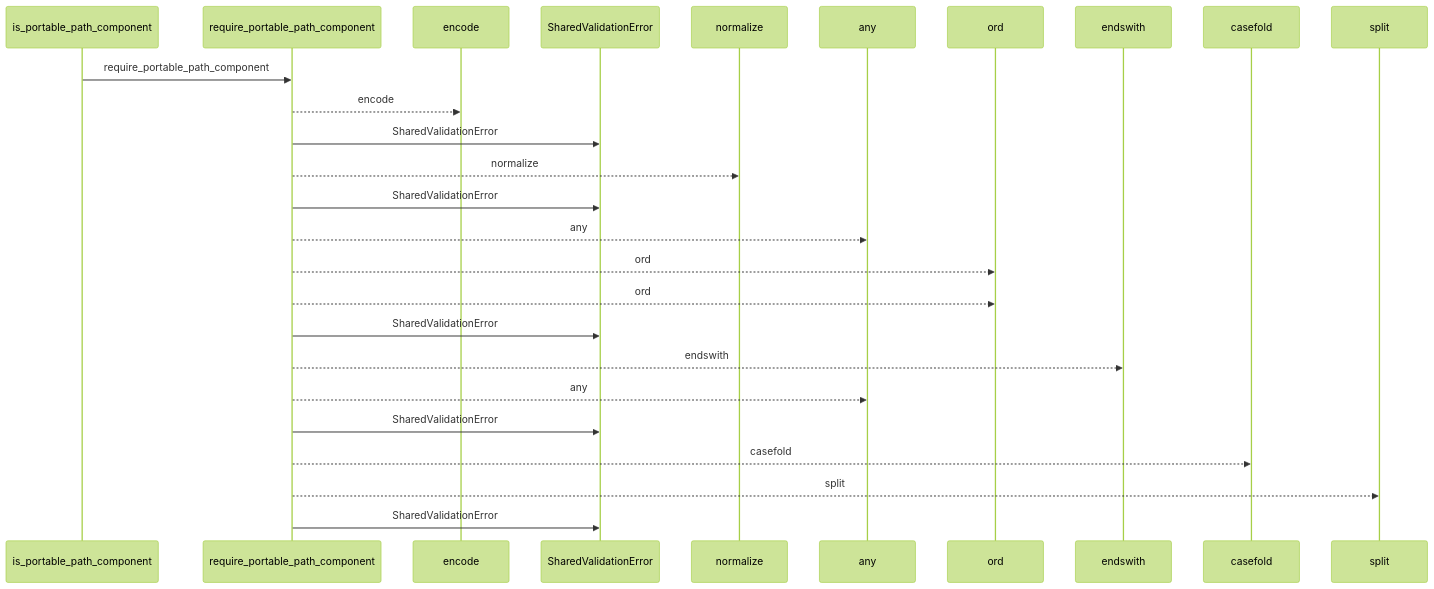
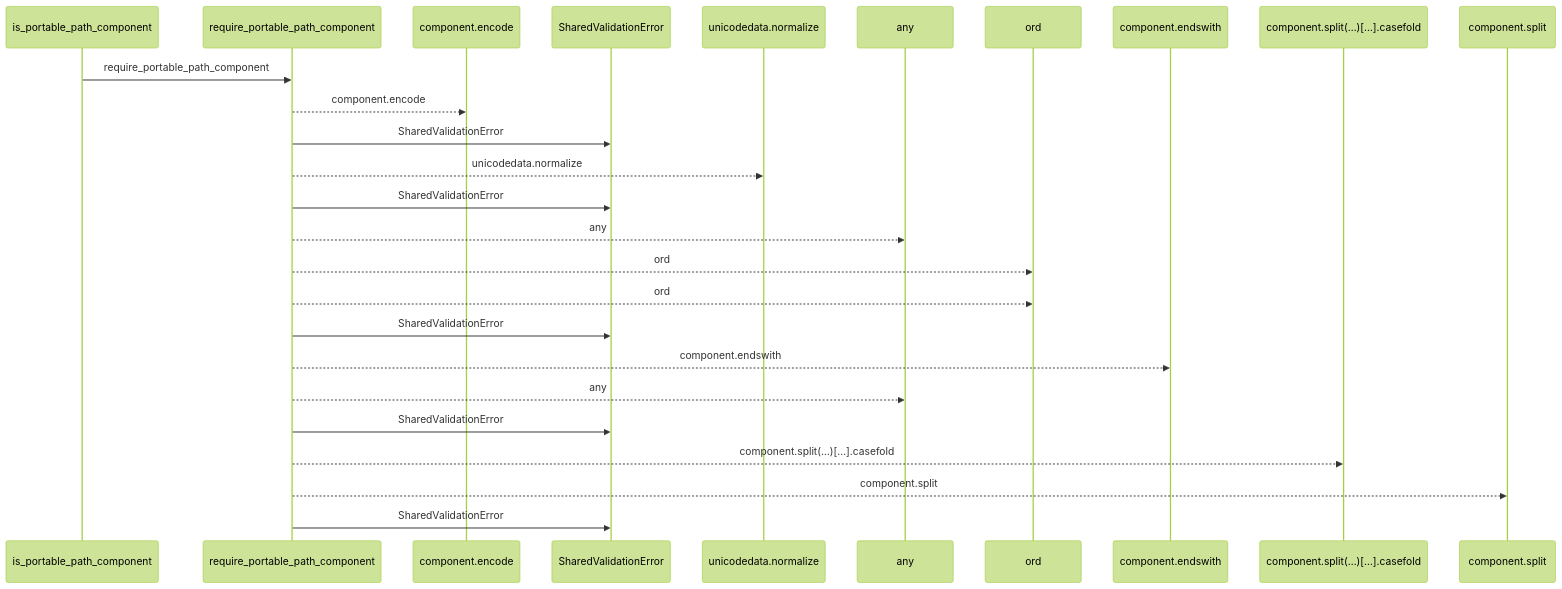
The first of 2 diagrams in docs/llm_wiki/flows/api-is_portable_path_component.md (Denissvgn/python-wiki-llm), drawn with Mermaid (forest theme) before and after one commit. The commit also changed other lines of this file and 719 other files, not shown here.

````diff
--- a/docs/llm_wiki/flows/api-is_portable_path_component.md
+++ b/docs/llm_wiki/flows/api-is_portable_path_component.md
@@ -10,28 +10,28 @@
 ```mermaid
 sequenceDiagram
     participant p0 as is_portable_path_component
     participant p1 as require_portable_path_component
-    participant p2 as encode
+    participant p2 as component.encode
     participant p3 as SharedValidationError
-    participant p4 as normalize
+    participant p4 as unicodedata.normalize
     participant p5 as any
     participant p6 as ord
-    participant p7 as endswith
-    participant p8 as casefold
-    participant p9 as split
+    participant p7 as component.endswith
+    participant p8 as component.split(…)[…].casefold
+    participant p9 as component.split
     p0->>p1: require_portable_path_component
-    p1-->>p2: encode
+    p1-->>p2: component.encode
     p1->>p3: SharedValidationError
-    p1-->>p4: normalize
+    p1-->>p4: unicodedata.normalize
     p1->>p3: SharedValidationError
     p1-->>p5: any
     p1-->>p6: ord
     p1-->>p6: ord
     p1->>p3: SharedValidationError
-    p1-->>p7: endswith
+    p1-->>p7: component.endswith
     p1-->>p5: any
     p1->>p3: SharedValidationError
-    p1-->>p8: casefold
-    p1-->>p9: split
+    p1-->>p8: component.split(…)[…].casefold
+    p1-->>p9: component.split
     p1->>p3: SharedValidationError
 ```
````
